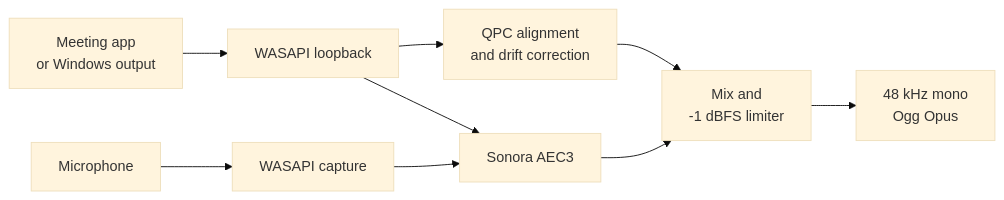
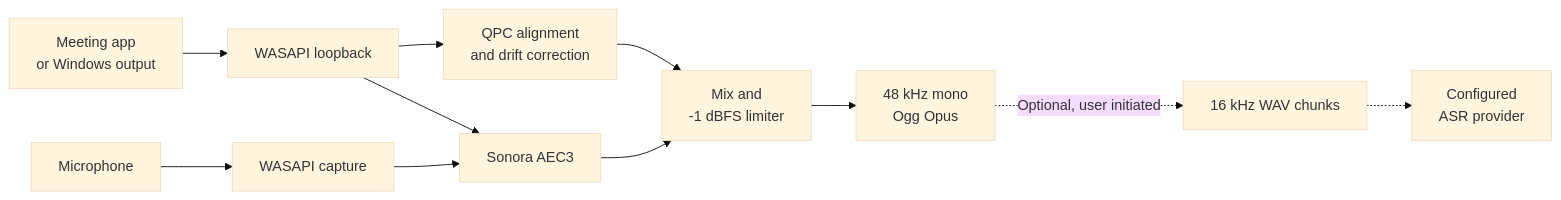
Before and after one commit to kwp-lab/nota: the diagram in README.md, drawn with Mermaid (base theme). The commit also changed other lines of this file and 33 other files, not shown here.

````diff
--- a/README.md
+++ b/README.md
@@ -79,11 +80,13 @@
 ```mermaid
 flowchart LR
     A["Meeting app<br>or Windows output"] --> B["WASAPI loopback"]
     C["Microphone"] --> D["WASAPI capture"]
     B --> E["QPC alignment<br>and drift correction"]
     D --> F["Sonora AEC3"]
     B --> F
     E --> G["Mix and<br>-1 dBFS limiter"]
     F --> G
     G --> H["48 kHz mono<br>Ogg Opus"]
+    H -. "Optional, user initiated" .-> I["16 kHz WAV chunks"]
+    I -.-> J["Configured<br>ASR provider"]
 ```
````
